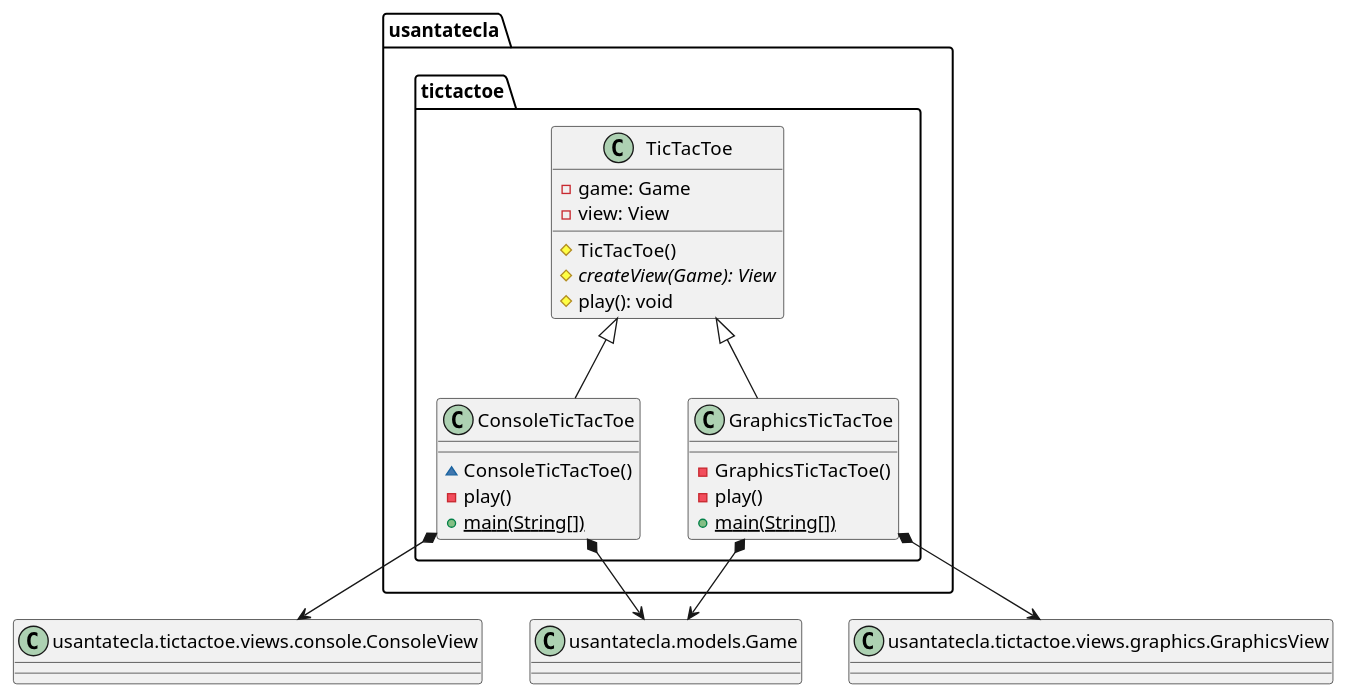
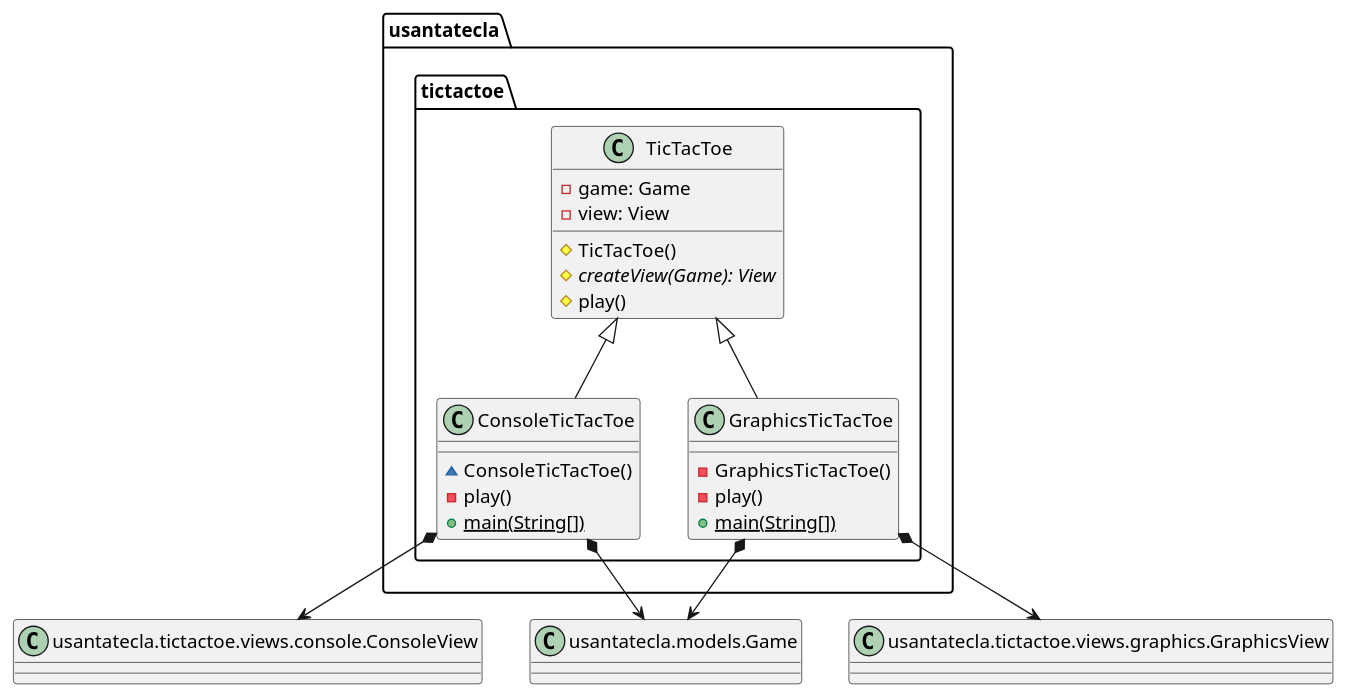
The first of 6 diagrams in documentView/withFactoryMethod/docs/diagrams/src/paquetes.plantuml (Jolucaa/USantaTecla-project-ticTacToe), drawn with PlantUML before and after one commit. The commit also changed 10 other files, not shown here.

Commit message:
Fix some diagrams

```diff
--- a/documentView/withFactoryMethod/docs/diagrams/src/paquetes.plantuml
+++ b/documentView/withFactoryMethod/docs/diagrams/src/paquetes.plantuml
@@ -1,37 +1,37 @@
 @startuml tictactoe
 class usantatecla.tictactoe.ConsoleTicTacToe {
 
 	~ ConsoleTicTacToe()
 	- play()
 	+ {static} main(String[])
 
 }
 
 class usantatecla.tictactoe.GraphicsTicTacToe {
 
 	- GraphicsTicTacToe()
 	- play()
 	+ {static} main(String[])
 
 }
 
 class  usantatecla.tictactoe.TicTacToe{
 - game: Game
 - view: View
 # TicTacToe()
 # {abstract} createView(Game): View
-# play(): void
+# play()
 }
 
 usantatecla.tictactoe.TicTacToe <|-down- usantatecla.tictactoe.ConsoleTicTacToe
 usantatecla.tictactoe.TicTacToe <|-down- usantatecla.tictactoe.GraphicsTicTacToe
 
 class Game as "usantatecla.models.Game"
 class consoleView as "usantatecla.tictactoe.views.console.ConsoleView"
 class graphicsView as "usantatecla.tictactoe.views.graphics.GraphicsView"
 
 usantatecla.tictactoe.ConsoleTicTacToe *-down-> Game
 usantatecla.tictactoe.GraphicsTicTacToe *-down-> Game
 usantatecla.tictactoe.ConsoleTicTacToe *-down-> consoleView
 usantatecla.tictactoe.GraphicsTicTacToe *-down-> graphicsView
 @enduml
```
